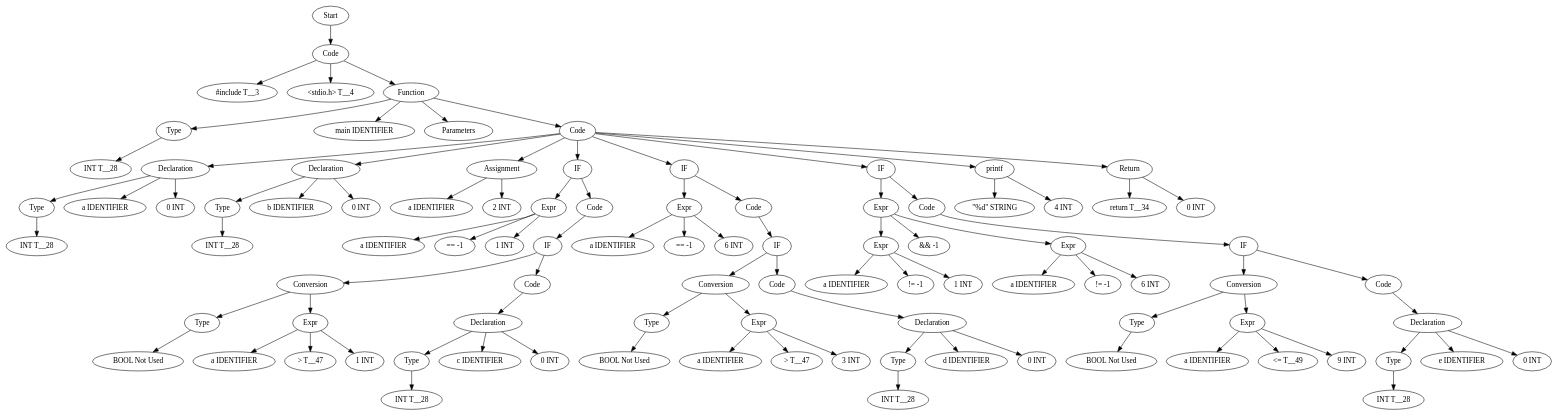
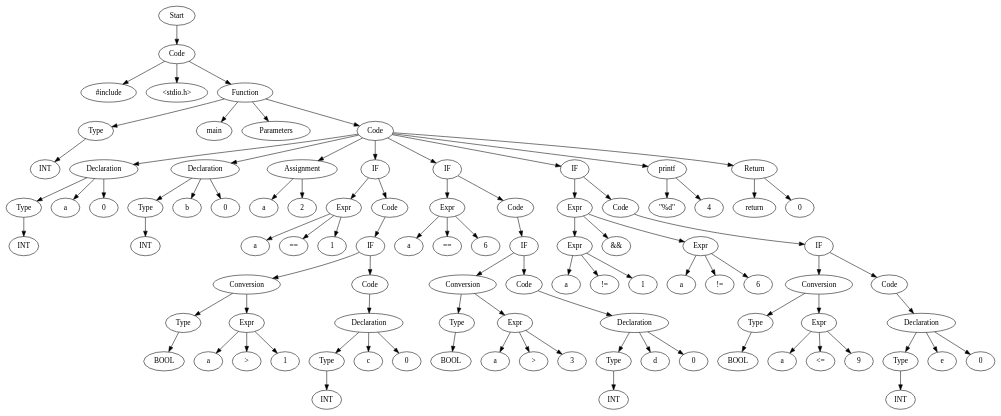
Before and after one commit to Are-you-listening/Compilers: the diagram in TestCases/ASTTests/SwitchTests/createTests/read_file_after.dot, drawn with Graphviz. The commit also changed 51 other files, not shown here.

```diff
--- a/TestCases/ASTTests/SwitchTests/createTests/read_file_after.dot
+++ b/TestCases/ASTTests/SwitchTests/createTests/read_file_after.dot
@@ -1,191 +1,191 @@
 digraph AST {
-  "123260941451168" [label="Start"];
-  "123260941451168" -> "123260941582736";
-  "123260941582736" [label="Code"];
-  "123260941582736" -> "123260941594496";
-  "123260941582736" -> "123260941585808";
-  "123260941582736" -> "123260941589024";
-  "123260941594496" [label="#include T__3"];
-  "123260941585808" [label="<stdio.h> T__4"];
-  "123260941589024" [label="Function"];
-  "123260941589024" -> "123260941583744";
-  "123260941589024" -> "123260941583504";
-  "123260941589024" -> "123260941590896";
-  "123260941589024" -> "123260941588832";
-  "123260941583744" [label="Type"];
-  "123260941583744" -> "123260941586288";
-  "123260941586288" [label="INT T__28"];
-  "123260941583504" [label="main IDENTIFIER"];
-  "123260941590896" [label="Parameters"];
-  "123260941588832" [label="Code"];
-  "123260941588832" -> "123260941583696";
-  "123260941588832" -> "123260941582448";
-  "123260941588832" -> "123260941596704";
-  "123260941588832" -> "123260941586192";
-  "123260941588832" -> "123260941590800";
-  "123260941588832" -> "123260941583552";
-  "123260941588832" -> "123260941596752";
-  "123260941588832" -> "123260941597040";
-  "123260941583696" [label="Declaration"];
-  "123260941583696" -> "123260941586768";
-  "123260941583696" -> "123260941589840";
-  "123260941583696" -> "123260941594400";
-  "123260941586768" [label="Type"];
-  "123260941586768" -> "123260941587776";
-  "123260941587776" [label="INT T__28"];
-  "123260941589840" [label="a IDENTIFIER"];
-  "123260941594400" [label="0 INT"];
-  "123260941582448" [label="Declaration"];
-  "123260941582448" -> "123260941583648";
-  "123260941582448" -> "123260941586960";
-  "123260941582448" -> "123260941591088";
-  "123260941583648" [label="Type"];
-  "123260941583648" -> "123260941595936";
-  "123260941595936" [label="INT T__28"];
-  "123260941586960" [label="b IDENTIFIER"];
-  "123260941591088" [label="0 INT"];
-  "123260941596704" [label="Assignment"];
-  "123260941596704" -> "123260941595888";
-  "123260941596704" -> "123260941587728";
-  "123260941595888" [label="a IDENTIFIER"];
-  "123260941587728" [label="2 INT"];
-  "123260941586192" [label="IF"];
-  "123260941586192" -> "123260941588736";
-  "123260941586192" -> "123260941585136";
-  "123260941588736" [label="Expr"];
-  "123260941588736" -> "123260941591280";
-  "123260941588736" -> "123260941586144";
-  "123260941588736" -> "123260941588688";
-  "123260941591280" [label="a IDENTIFIER"];
-  "123260941586144" [label="== -1"];
-  "123260941588688" [label="1 INT"];
-  "123260941585136" [label="Code"];
-  "123260941585136" -> "123260941592768";
-  "123260941592768" [label="IF"];
-  "123260941592768" -> "123260941592720";
-  "123260941592768" -> "123260941582976";
-  "123260941592720" [label="Conversion"];
-  "123260941592720" -> "123260941588592";
-  "123260941592720" -> "123260941595744";
-  "123260941588592" [label="Type"];
-  "123260941588592" -> "123260941588544";
-  "123260941588544" [label="BOOL Not Used"];
-  "123260941595744" [label="Expr"];
-  "123260941595744" -> "123260941592576";
-  "123260941595744" -> "123260941596944";
-  "123260941595744" -> "123260941596896";
-  "123260941592576" [label="a IDENTIFIER"];
-  "123260941596944" [label="> T__47"];
-  "123260941596896" [label="1 INT"];
-  "123260941582976" [label="Code"];
-  "123260941582976" -> "123260941596848";
-  "123260941596848" [label="Declaration"];
-  "123260941596848" -> "123260941596656";
-  "123260941596848" -> "123260941592432";
-  "123260941596848" -> "123260941593968";
-  "123260941596656" [label="Type"];
-  "123260941596656" -> "123260941592384";
-  "123260941592384" [label="INT T__28"];
-  "123260941592432" [label="c IDENTIFIER"];
-  "123260941593968" [label="0 INT"];
-  "123260941590800" [label="IF"];
-  "123260941590800" -> "123260941587632";
-  "123260941590800" -> "123260941595696";
-  "123260941587632" [label="Expr"];
-  "123260941587632" -> "123260941596800";
-  "123260941587632" -> "123260941592144";
-  "123260941587632" -> "123260941592192";
-  "123260941596800" [label="a IDENTIFIER"];
-  "123260941592144" [label="== -1"];
-  "123260941592192" [label="6 INT"];
-  "123260941595696" [label="Code"];
-  "123260941595696" -> "123260941594016";
-  "123260941594016" [label="IF"];
-  "123260941594016" -> "123260941592480";
-  "123260941594016" -> "123260941594064";
-  "123260941592480" [label="Conversion"];
-  "123260941592480" -> "123260941594256";
-  "123260941592480" -> "123260941591808";
-  "123260941594256" [label="Type"];
-  "123260941594256" -> "123260941591760";
-  "123260941591760" [label="BOOL Not Used"];
-  "123260941591808" [label="Expr"];
-  "123260941591808" -> "123260941584512";
-  "123260941591808" -> "123260941584896";
-  "123260941591808" -> "123260941584992";
-  "123260941584512" [label="a IDENTIFIER"];
-  "123260941584896" [label="> T__47"];
-  "123260941584992" [label="3 INT"];
-  "123260941594064" [label="Code"];
-  "123260941594064" -> "123260941585232";
-  "123260941585232" [label="Declaration"];
-  "123260941585232" -> "123260941586480";
-  "123260941585232" -> "123260941585424";
-  "123260941585232" -> "123260941594640";
-  "123260941586480" [label="Type"];
-  "123260941586480" -> "123260941586432";
-  "123260941586432" [label="INT T__28"];
-  "123260941585424" [label="d IDENTIFIER"];
-  "123260941594640" [label="0 INT"];
-  "123260941583552" [label="IF"];
-  "123260941583552" -> "123260941591856";
-  "123260941583552" -> "123260941593632";
-  "123260941591856" [label="Expr"];
-  "123260941591856" -> "123260941585568";
-  "123260941591856" -> "123260941597184";
-  "123260941591856" -> "123260941592624";
-  "123260941585568" [label="Expr"];
-  "123260941585568" -> "123260941597136";
-  "123260941585568" -> "123260941592864";
-  "123260941585568" -> "123260941592912";
-  "123260941597136" [label="a IDENTIFIER"];
-  "123260941592864" [label="!= -1"];
-  "123260941592912" [label="1 INT"];
-  "123260941597184" [label="&& -1"];
-  "123260941592624" [label="Expr"];
-  "123260941592624" -> "123260941592960";
-  "123260941592624" -> "123260941593440";
-  "123260941592624" -> "123260941593344";
-  "123260941592960" [label="a IDENTIFIER"];
-  "123260941593440" [label="!= -1"];
-  "123260941593344" [label="6 INT"];
-  "123260941593632" [label="Code"];
-  "123260941593632" -> "123260941593008";
-  "123260941593008" [label="IF"];
-  "123260941593008" -> "123260941583024";
-  "123260941593008" -> "123260941594304";
-  "123260941583024" [label="Conversion"];
-  "123260941583024" -> "123260941583216";
-  "123260941583024" -> "123260941583264";
-  "123260941583216" [label="Type"];
-  "123260941583216" -> "123260941596464";
-  "123260941596464" [label="BOOL Not Used"];
-  "123260941583264" [label="Expr"];
-  "123260941583264" -> "123260941596416";
-  "123260941583264" -> "123260941584320";
-  "123260941583264" -> "123260941584704";
-  "123260941596416" [label="a IDENTIFIER"];
-  "123260941584320" [label="<= T__49"];
-  "123260941584704" [label="9 INT"];
-  "123260941594304" [label="Code"];
-  "123260941594304" -> "123260941584272";
-  "123260941584272" [label="Declaration"];
-  "123260941584272" -> "123260941584416";
-  "123260941584272" -> "123260941584608";
-  "123260941584272" -> "123260941584848";
-  "123260941584416" [label="Type"];
-  "123260941584416" -> "123260941584464";
-  "123260941584464" [label="INT T__28"];
-  "123260941584608" [label="e IDENTIFIER"];
-  "123260941584848" [label="0 INT"];
-  "123260941596752" [label="printf"];
-  "123260941596752" -> "123260941596080";
-  "123260941596752" -> "123260941596560";
-  "123260941596080" [label="\"%d\" STRING"];
-  "123260941596560" [label="4 INT"];
-  "123260941597040" [label="Return"];
-  "123260941597040" -> "123260941585088";
-  "123260941597040" -> "123260941585184";
-  "123260941585088" [label="return T__34"];
-  "123260941585184" [label="0 INT"];
+  "136341801078592" [label="Start"];
+  "136341801078592" -> "136341801079312";
+  "136341801079312" [label="Code"];
+  "136341801079312" -> "136341801077632";
+  "136341801079312" -> "136341801083440";
+  "136341801079312" -> "136341801081760";
+  "136341801077632" [label="#include"];
+  "136341801083440" [label="<stdio.h>"];
+  "136341801081760" [label="Function"];
+  "136341801081760" -> "136341801076096";
+  "136341801081760" -> "136341801088384";
+  "136341801081760" -> "136341801075568";
+  "136341801081760" -> "136341801083248";
+  "136341801076096" [label="Type"];
+  "136341801076096" -> "136341801084784";
+  "136341801084784" [label="INT"];
+  "136341801088384" [label="main"];
+  "136341801075568" [label="Parameters"];
+  "136341801083248" [label="Code"];
+  "136341801083248" -> "136341801090400";
+  "136341801083248" -> "136341801085216";
+  "136341801083248" -> "136341801081616";
+  "136341801083248" -> "136341801075952";
+  "136341801083248" -> "136341801084112";
+  "136341801083248" -> "136341801079408";
+  "136341801083248" -> "136341801089584";
+  "136341801083248" -> "136341801091024";
+  "136341801090400" [label="Declaration"];
+  "136341801090400" -> "136341801083728";
+  "136341801090400" -> "136341801081136";
+  "136341801090400" -> "136341801078064";
+  "136341801083728" [label="Type"];
+  "136341801083728" -> "136341801084208";
+  "136341801084208" [label="INT"];
+  "136341801081136" [label="a"];
+  "136341801078064" [label="0"];
+  "136341801085216" [label="Declaration"];
+  "136341801085216" -> "136341801085120";
+  "136341801085216" -> "136341801082624";
+  "136341801085216" -> "136341801079552";
+  "136341801085120" [label="Type"];
+  "136341801085120" -> "136341801082528";
+  "136341801082528" [label="INT"];
+  "136341801082624" [label="b"];
+  "136341801079552" [label="0"];
+  "136341801081616" [label="Assignment"];
+  "136341801081616" -> "136341801076336";
+  "136341801081616" -> "136341801075424";
+  "136341801076336" [label="a"];
+  "136341801075424" [label="2"];
+  "136341801075952" [label="IF"];
+  "136341801075952" -> "136341801087712";
+  "136341801075952" -> "136341801082576";
+  "136341801087712" [label="Expr"];
+  "136341801087712" -> "136341801076432";
+  "136341801087712" -> "136341801078448";
+  "136341801087712" -> "136341801079456";
+  "136341801076432" [label="a"];
+  "136341801078448" [label="=="];
+  "136341801079456" [label="1"];
+  "136341801082576" [label="Code"];
+  "136341801082576" -> "136341801078928";
+  "136341801078928" [label="IF"];
+  "136341801078928" -> "136341801089632";
+  "136341801078928" -> "136341801078880";
+  "136341801089632" [label="Conversion"];
+  "136341801089632" -> "136341801087568";
+  "136341801089632" -> "136341801085984";
+  "136341801087568" [label="Type"];
+  "136341801087568" -> "136341801081856";
+  "136341801081856" [label="BOOL"];
+  "136341801085984" [label="Expr"];
+  "136341801085984" -> "136341801079888";
+  "136341801085984" -> "136341801080464";
+  "136341801085984" -> "136341801080656";
+  "136341801079888" [label="a"];
+  "136341801080464" [label=">"];
+  "136341801080656" [label="1"];
+  "136341801078880" [label="Code"];
+  "136341801078880" -> "136341801081424";
+  "136341801081424" [label="Declaration"];
+  "136341801081424" -> "136341801081568";
+  "136341801081424" -> "136341801082144";
+  "136341801081424" -> "136341801089152";
+  "136341801081568" [label="Type"];
+  "136341801081568" -> "136341801082336";
+  "136341801082336" [label="INT"];
+  "136341801082144" [label="c"];
+  "136341801089152" [label="0"];
+  "136341801084112" [label="IF"];
+  "136341801084112" -> "136341801083008";
+  "136341801084112" -> "136341801089536";
+  "136341801083008" [label="Expr"];
+  "136341801083008" -> "136341801081520";
+  "136341801083008" -> "136341801089200";
+  "136341801083008" -> "136341801089248";
+  "136341801081520" [label="a"];
+  "136341801089200" [label="=="];
+  "136341801089248" [label="6"];
+  "136341801089536" [label="Code"];
+  "136341801089536" -> "136341801089728";
+  "136341801089728" [label="IF"];
+  "136341801089728" -> "136341801088480";
+  "136341801089728" -> "136341801089344";
+  "136341801088480" [label="Conversion"];
+  "136341801088480" -> "136341801081664";
+  "136341801088480" -> "136341801088720";
+  "136341801081664" [label="Type"];
+  "136341801081664" -> "136341801080128";
+  "136341801080128" [label="BOOL"];
+  "136341801088720" [label="Expr"];
+  "136341801088720" -> "136341801080320";
+  "136341801088720" -> "136341801080176";
+  "136341801088720" -> "136341801080416";
+  "136341801080320" [label="a"];
+  "136341801080176" [label=">"];
+  "136341801080416" [label="3"];
+  "136341801089344" [label="Code"];
+  "136341801089344" -> "136341801081088";
+  "136341801081088" [label="Declaration"];
+  "136341801081088" -> "136341801080704";
+  "136341801081088" -> "136341801080608";
+  "136341801081088" -> "136341801080512";
+  "136341801080704" [label="Type"];
+  "136341801080704" -> "136341801080368";
+  "136341801080368" [label="INT"];
+  "136341801080608" [label="d"];
+  "136341801080512" [label="0"];
+  "136341801079408" [label="IF"];
+  "136341801079408" -> "136341801079984";
+  "136341801079408" -> "136341801080224";
+  "136341801079984" [label="Expr"];
+  "136341801079984" -> "136341801080752";
+  "136341801079984" -> "136341801087088";
+  "136341801079984" -> "136341801090544";
+  "136341801080752" [label="Expr"];
+  "136341801080752" -> "136341801090496";
+  "136341801080752" -> "136341801089872";
+  "136341801080752" -> "136341801089440";
+  "136341801090496" [label="a"];
+  "136341801089872" [label="!="];
+  "136341801089440" [label="1"];
+  "136341801087088" [label="&&"];
+  "136341801090544" [label="Expr"];
+  "136341801090544" -> "136341801090448";
+  "136341801090544" -> "136341801090832";
+  "136341801090544" -> "136341801088096";
+  "136341801090448" [label="a"];
+  "136341801090832" [label="!="];
+  "136341801088096" [label="6"];
+  "136341801080224" [label="Code"];
+  "136341801080224" -> "136341801088528";
+  "136341801088528" [label="IF"];
+  "136341801088528" -> "136341801081904";
+  "136341801088528" -> "136341801082000";
+  "136341801081904" [label="Conversion"];
+  "136341801081904" -> "136341801080800";
+  "136341801081904" -> "136341801080560";
+  "136341801080800" [label="Type"];
+  "136341801080800" -> "136341801080896";
+  "136341801080896" [label="BOOL"];
+  "136341801080560" [label="Expr"];
+  "136341801080560" -> "136341801090640";
+  "136341801080560" -> "136341801090592";
+  "136341801080560" -> "136341801088816";
+  "136341801090640" [label="a"];
+  "136341801090592" [label="<="];
+  "136341801088816" [label="9"];
+  "136341801082000" [label="Code"];
+  "136341801082000" -> "136341801088768";
+  "136341801088768" [label="Declaration"];
+  "136341801088768" -> "136341801090784";
+  "136341801088768" -> "136341801089920";
+  "136341801088768" -> "136341801089776";
+  "136341801090784" [label="Type"];
+  "136341801090784" -> "136341801089392";
+  "136341801089392" [label="INT"];
+  "136341801089920" [label="e"];
+  "136341801089776" [label="0"];
+  "136341801089584" [label="printf"];
+  "136341801089584" -> "136341801084352";
+  "136341801089584" -> "136341801082048";
+  "136341801084352" [label="\"%d\""];
+  "136341801082048" [label="4"];
+  "136341801091024" [label="Return"];
+  "136341801091024" -> "136341801089488";
+  "136341801091024" -> "136341801089296";
+  "136341801089488" [label="return"];
+  "136341801089296" [label="0"];
 }
```
